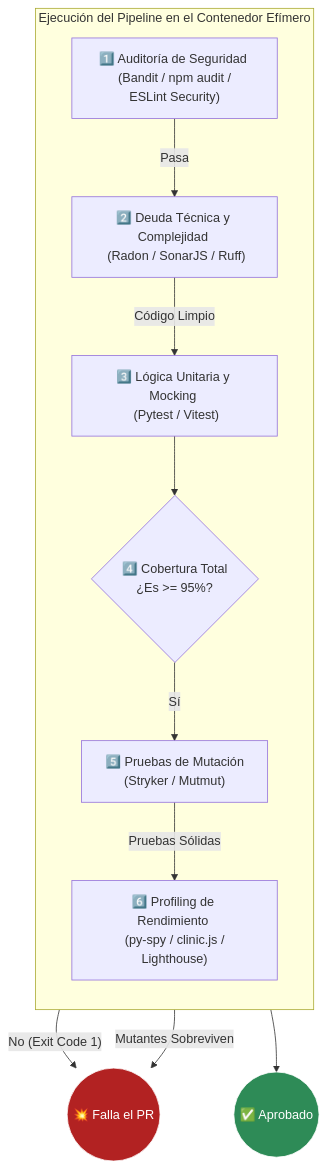
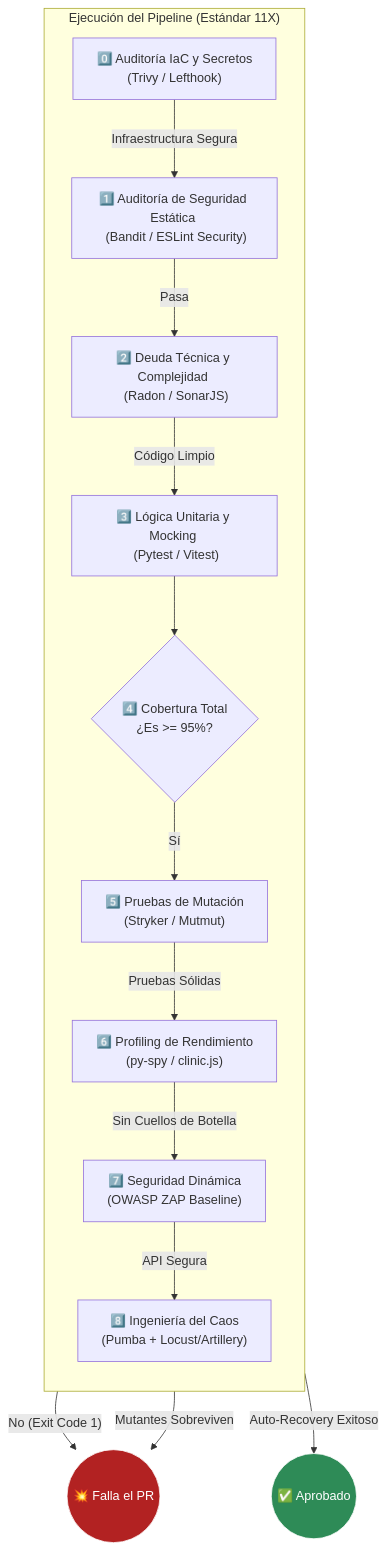
Before and after one commit to tecno-consultores/qa-testing-blueprints: the third of 3 diagrams in docs/ARCHITECTURE_C4.md, drawn with Mermaid. The commit also changed other lines of this file, not shown here.

````diff
--- a/docs/ARCHITECTURE_C4.md
+++ b/docs/ARCHITECTURE_C4.md
@@ -61,28 +70,34 @@
 ```mermaid
 graph TD
-    subgraph "Ejecución del Pipeline en el Contenedor Efímero"
+    subgraph "Ejecución del Pipeline (Estándar 11X)"
         direction TB
         
-        SAST["1️⃣ Auditoría de Seguridad \n (Bandit / npm audit / ESLint Security)"]
-        Static["2️⃣ Deuda Técnica y Complejidad \n (Radon / SonarJS / Ruff)"]
+        IaC["0️⃣ Auditoría IaC y Secretos \n (Trivy / Lefthook)"]
+        SAST["1️⃣ Auditoría de Seguridad Estática \n (Bandit / ESLint Security)"]
+        Static["2️⃣ Deuda Técnica y Complejidad \n (Radon / SonarJS)"]
         Unit["3️⃣ Lógica Unitaria y Mocking \n (Pytest / Vitest)"]
         Coverage{"4️⃣ Cobertura Total \n ¿Es >= 95%?"}
         Mutation["5️⃣ Pruebas de Mutación \n (Stryker / Mutmut)"]
-        Performance["6️⃣ Profiling de Rendimiento \n (py-spy / clinic.js / Lighthouse)"]
+        Performance["6️⃣ Profiling de Rendimiento \n (py-spy / clinic.js)"]
+        DAST["7️⃣ Seguridad Dinámica \n (OWASP ZAP Baseline)"]
+        Chaos["8️⃣ Ingeniería del Caos \n (Pumba + Locust/Artillery)"]
     end
 
-    %% Enlaces lógicos (sintaxis robusta con comillas dobles)
+    %% Enlaces lógicos (sintaxis robusta)
+    IaC -- "Infraestructura Segura" --> SAST
     SAST -- "Pasa" --> Static
     Static -- "Código Limpio" --> Unit
     Unit --> Coverage
     Coverage -- "Sí" --> Mutation
     Coverage -- "No (Exit Code 1)" --> FallaPipeline(("💥 Falla el PR"))
     Mutation -- "Mutantes Sobreviven" --> FallaPipeline
     Mutation -- "Pruebas Sólidas" --> Performance
-    Performance --> Exito(("✅ Aprobado"))
+    Performance -- "Sin Cuellos de Botella" --> DAST
+    DAST -- "API Segura" --> Chaos
+    Chaos -- "Auto-Recovery Exitoso" --> Exito(("✅ Aprobado"))
 
     classDef pass fill:#2e8b57,stroke:#fff,color:#fff;
     classDef fail fill:#b22222,stroke:#fff,color:#fff;
     class Exito pass;
     class FallaPipeline fail;
 ```
````
